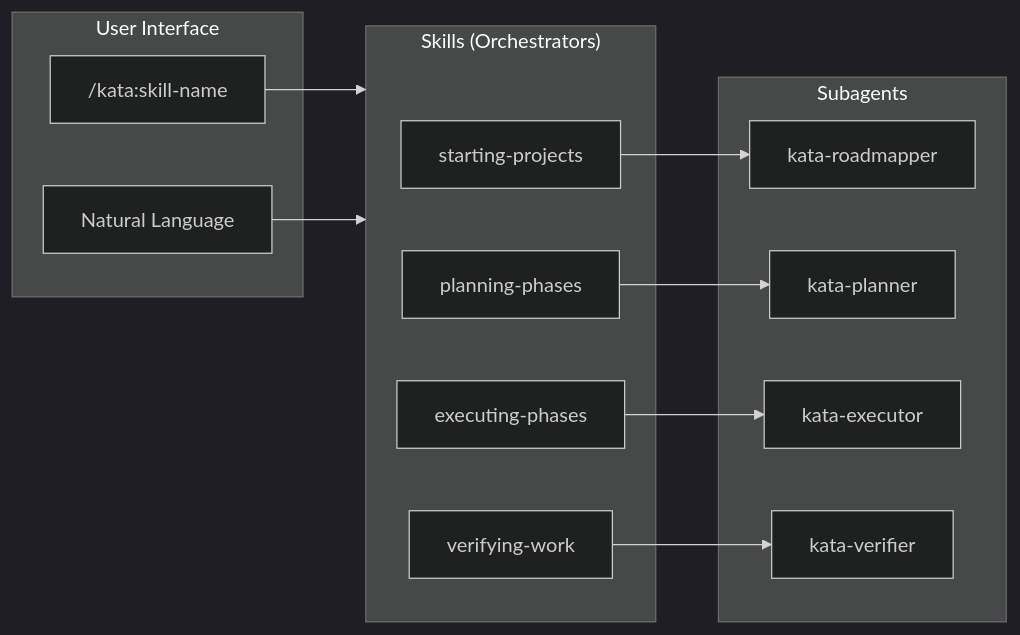
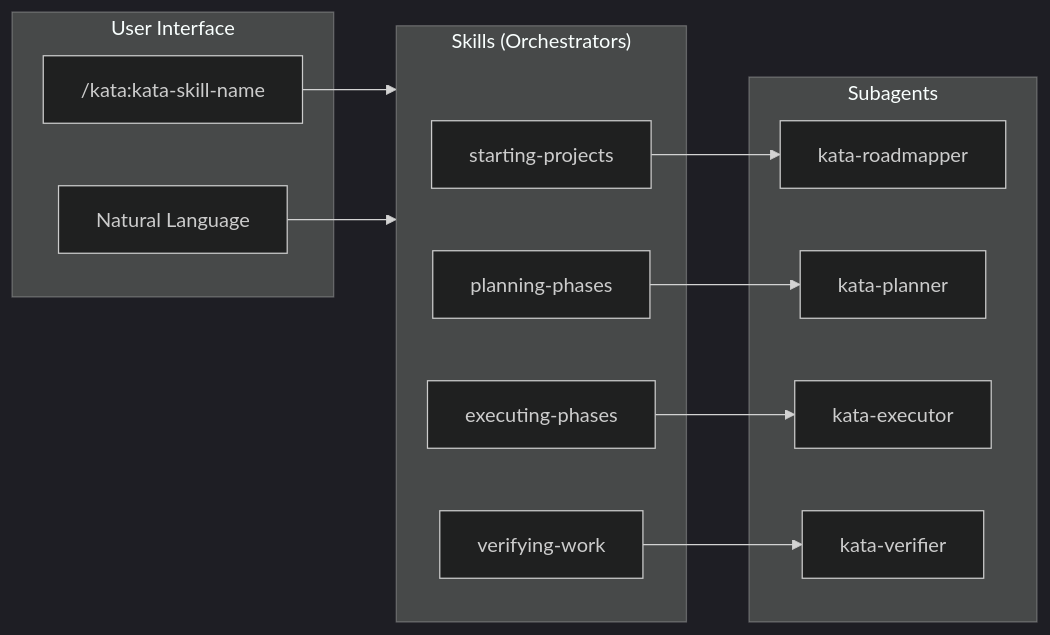
The first of 6 diagrams in .docs/USER-JOURNEYS.md (gannonh/kata), drawn with Mermaid (dark theme) before and after one commit. The commit also changed other lines of this file and 132 other files, not shown here.

First line of the commit message:
refactor: add kata- prefix to all skill directory and frontmatter names

````diff
--- a/.docs/USER-JOURNEYS.md
+++ b/.docs/USER-JOURNEYS.md
@@ -25,29 +25,29 @@
 ```mermaid
 flowchart LR
     subgraph User["User Interface"]
-        CMD["/kata:skill-name"]
+        CMD["/kata:kata-skill-name"]
         NL["Natural Language"]
     end
 
     subgraph Skills["Skills (Orchestrators)"]
         SP["starting-projects"]
         PP["planning-phases"]
         EP["executing-phases"]
         VW["verifying-work"]
     end
 
     subgraph Agents["Subagents"]
         RM["kata-roadmapper"]
         PL["kata-planner"]
         EX["kata-executor"]
         VF["kata-verifier"]
     end
 
     CMD --> Skills
     NL --> Skills
 
     SP --> RM
     PP --> PL
     EP --> EX
     VW --> VF
 ```
````
